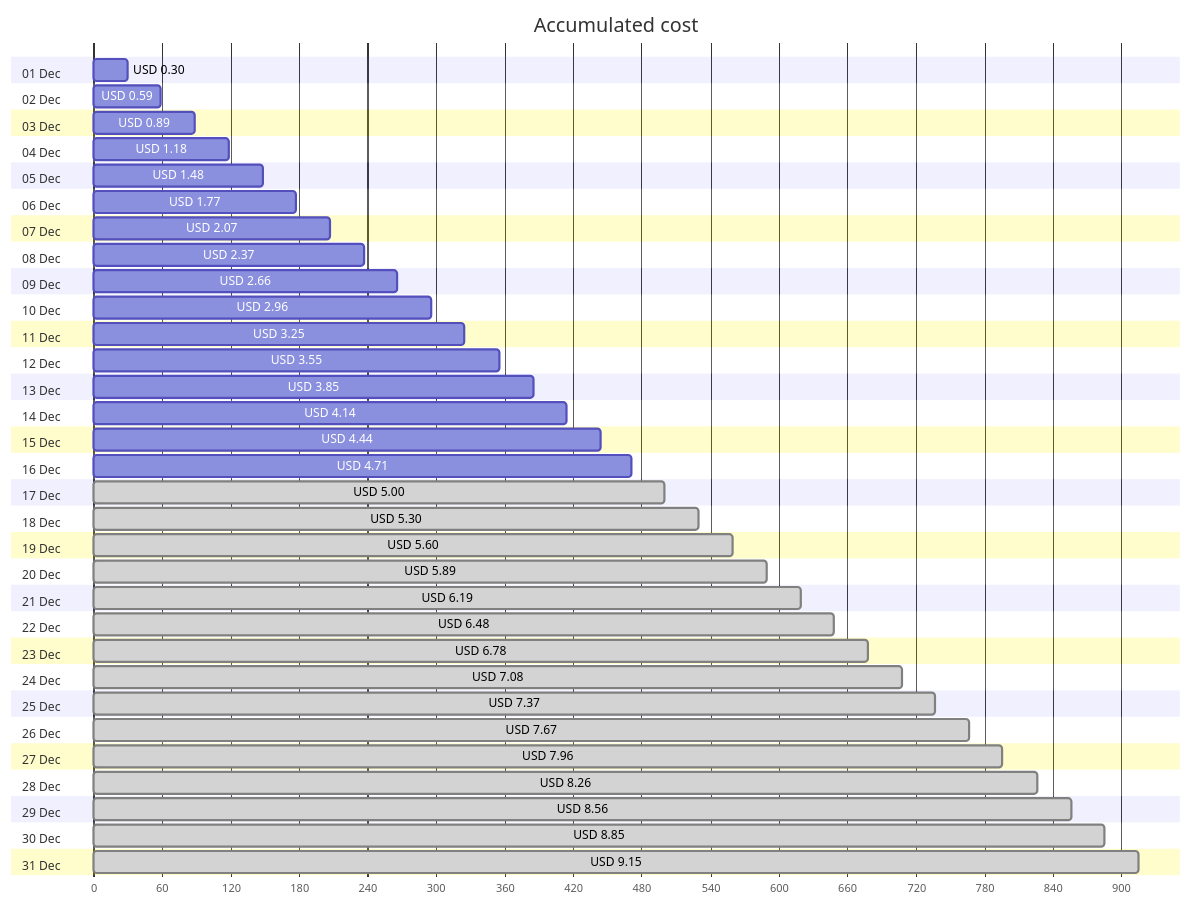
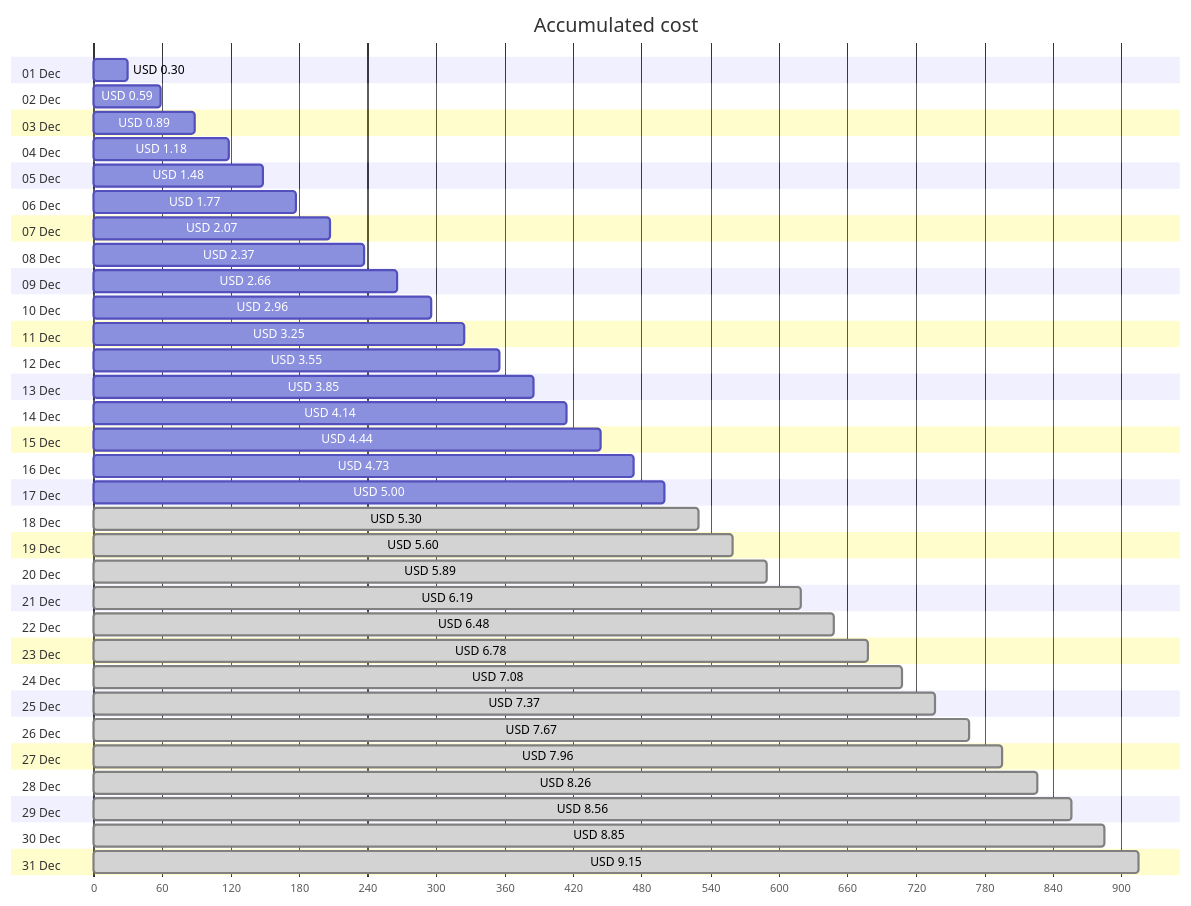
Before and after one commit to jpfulton/azure-personal-reports: the first of 4 diagrams in cost-reports/personal-site/personal-site-preview.md, drawn with Mermaid. The commit also changed other lines of this file and 6 other files, not shown here.

````diff
--- a/cost-reports/personal-site/personal-site-preview.md
+++ b/cost-reports/personal-site/personal-site-preview.md
@@ -20,68 +20,68 @@
 ```mermaid
 gantt
    title Accumulated cost
    dateFormat  X
    axisFormat %s
    section 01 Dec
    USD 0.30 :0, 30
    section 02 Dec
    USD 0.59 :0, 59
    section 03 Dec
    USD 0.89 :0, 89
    section 04 Dec
    USD 1.18 :0, 118
    section 05 Dec
    USD 1.48 :0, 148
    section 06 Dec
    USD 1.77 :0, 177
    section 07 Dec
    USD 2.07 :0, 207
    section 08 Dec
    USD 2.37 :0, 237
    section 09 Dec
    USD 2.66 :0, 266
    section 10 Dec
    USD 2.96 :0, 296
    section 11 Dec
    USD 3.25 :0, 325
    section 12 Dec
    USD 3.55 :0, 355
    section 13 Dec
    USD 3.85 :0, 385
    section 14 Dec
    USD 4.14 :0, 414
    section 15 Dec
    USD 4.44 :0, 444
    section 16 Dec
-   USD 4.71 :0, 471
+   USD 4.73 :0, 473
    section 17 Dec
-   USD 5.00 : done, 0, 500
+   USD 5.00 :0, 500
    section 18 Dec
    USD 5.30 : done, 0, 530
    section 19 Dec
    USD 5.60 : done, 0, 560
    section 20 Dec
    USD 5.89 : done, 0, 589
    section 21 Dec
    USD 6.19 : done, 0, 619
    section 22 Dec
    USD 6.48 : done, 0, 648
    section 23 Dec
    USD 6.78 : done, 0, 678
    section 24 Dec
    USD 7.08 : done, 0, 708
    section 25 Dec
    USD 7.37 : done, 0, 737
    section 26 Dec
    USD 7.67 : done, 0, 767
    section 27 Dec
    USD 7.96 : done, 0, 796
    section 28 Dec
    USD 8.26 : done, 0, 826
    section 29 Dec
    USD 8.56 : done, 0, 856
    section 30 Dec
    USD 8.85 : done, 0, 885
    section 31 Dec
    USD 9.15 : done, 0, 915
 ```
````
